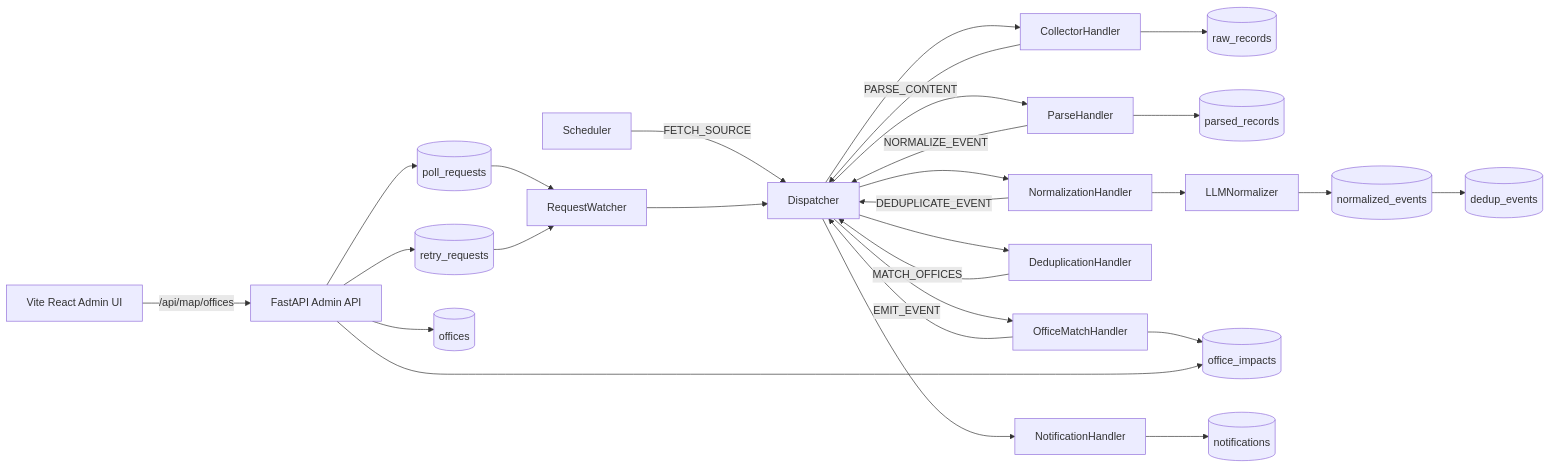
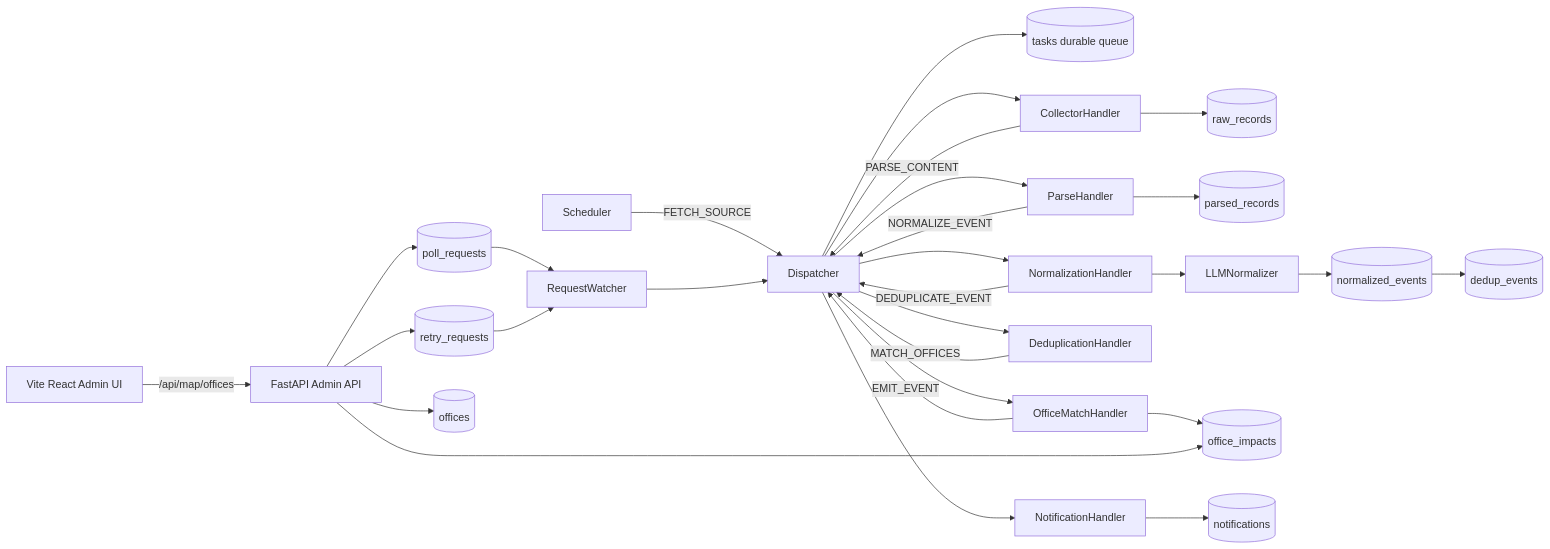
One commit to Ondotteess/power-outage-agent changed the diagram in docs/arch.md. Above: the diagram before and after it, drawn with Mermaid. The commit also changed other lines of this file and 21 other files, not shown here.

````diff
--- a/docs/arch.md
+++ b/docs/arch.md
@@ -9,30 +9,31 @@
 ```mermaid
 flowchart LR
     Scheduler -->|FETCH_SOURCE| Dispatcher
+    Dispatcher --> Tasks[(tasks durable queue)]
     AdminAPI[FastAPI Admin API] --> PollRequests[(poll_requests)]
     AdminAPI --> RetryRequests[(retry_requests)]
     PollRequests --> RequestWatcher
     RetryRequests --> RequestWatcher
     RequestWatcher --> Dispatcher
     Dispatcher --> CollectorHandler
     CollectorHandler --> RawStore[(raw_records)]
     CollectorHandler -->|PARSE_CONTENT| Dispatcher
     Dispatcher --> ParseHandler
     ParseHandler --> ParsedStore[(parsed_records)]
     ParseHandler -->|NORMALIZE_EVENT| Dispatcher
     Dispatcher --> NormalizationHandler
     NormalizationHandler --> LLMNormalizer
     LLMNormalizer --> NormalizedEventStore[(normalized_events)]
     NormalizedEventStore --> DedupEventStore[(dedup_events)]
     NormalizationHandler -->|DEDUPLICATE_EVENT| Dispatcher
     Dispatcher --> DeduplicationHandler
     DeduplicationHandler -->|MATCH_OFFICES| Dispatcher
     Dispatcher --> OfficeMatchHandler
     OfficeMatchHandler --> OfficeImpactStore[(office_impacts)]
     OfficeMatchHandler -->|EMIT_EVENT| Dispatcher
     Dispatcher --> NotificationHandler
     NotificationHandler --> NotificationStore[(notifications)]
     AdminAPI --> OfficeStore[(offices)]
     AdminAPI --> OfficeImpactStore
     WebUI[Vite React Admin UI] -->|/api/map/offices| AdminAPI
 ```
````
